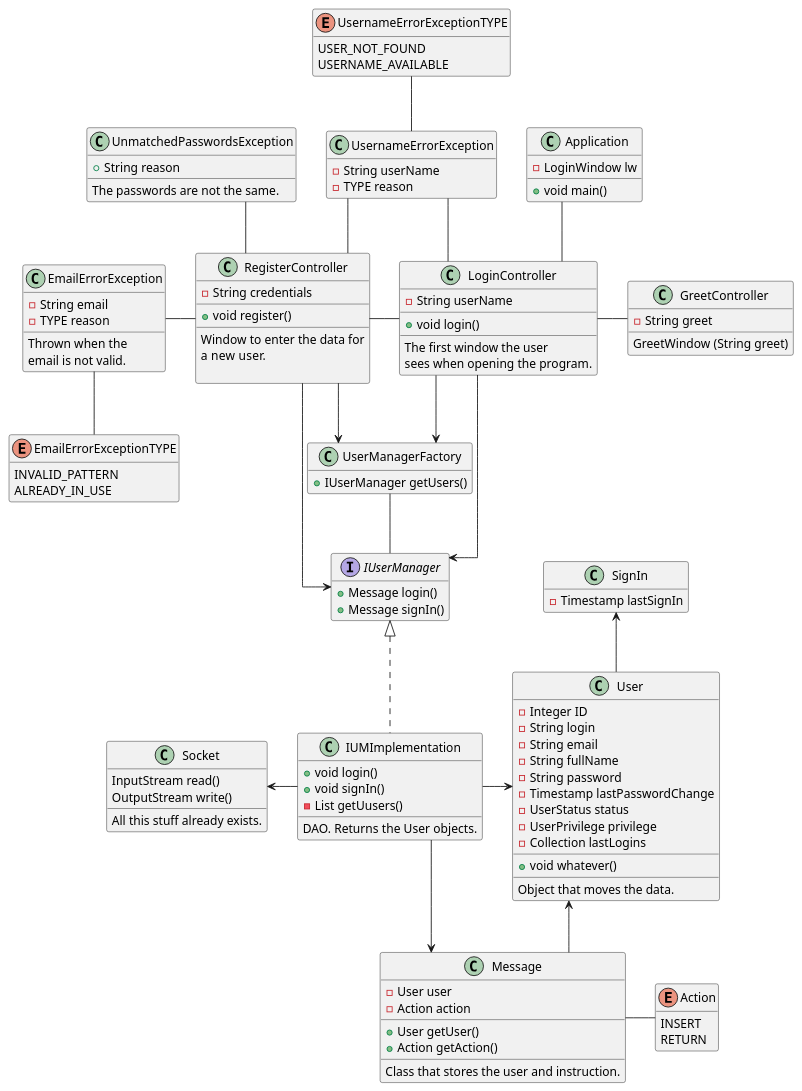
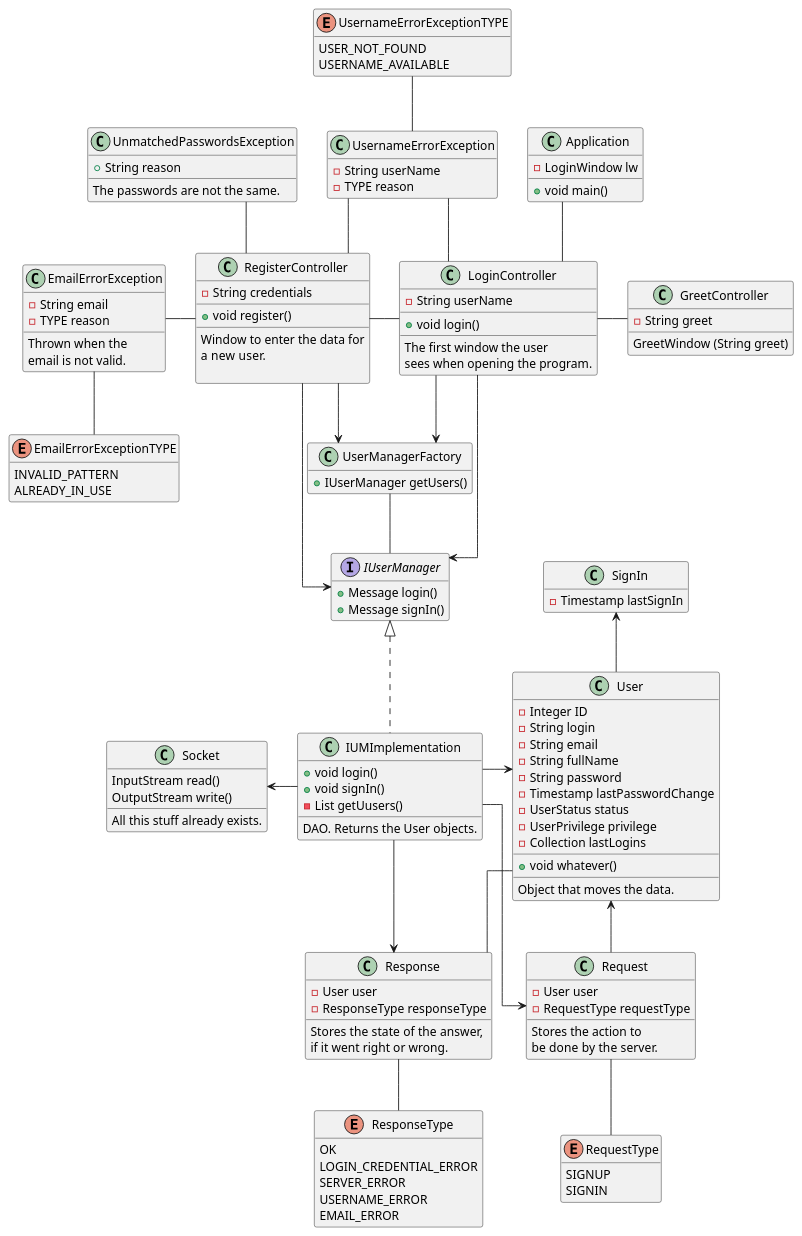
The diagram in uml/client.puml (optickx/ClientReto1), drawn with PlantUML before and after one commit. The commit also changed 5 other files, not shown here.

```diff
--- a/uml/client.puml
+++ b/uml/client.puml
@@ -1,171 +1,192 @@
 @startuml client
 /'Graphic properties
 '/
 
 skinparam linetype ortho
 skinparam groupInheritance 5
 hide empty members
 
 /'Main class
 '/
 class Application {
     -LoginWindow lw
     +void main()
 }
 
 /'Every window of the program.
 Three of them.'/
 class LoginController {
     -String userName
     __
     +void login()
     __
     The first window the user 
     sees when opening the program.
 }
 class RegisterController {
     -String credentials
     __
     +void register()
     __
     Window to enter the data for 
     a new user.
 
 }
 class GreetController {
     -String greet
     __
     GreetWindow (String greet)
 }
 /'Logic part of the program.
 '/
 interface IUserManager {
     +Message login()
     +Message signIn()
 }
 class IUMImplementation {
     +void login()
     +void signIn()
     -List getUusers()
     __
     DAO. Returns the User objects.
 }
 class UserManagerFactory {
     +IUserManager getUsers()
 }
 
 /'Pre-existing Java classes'/
 class Socket {
     InputStream read()
     OutputStream write()
     __
     All this stuff already exists.
 }
 /'Objects, etc
 '/
 class User {
     -Integer ID
     -String login
     -String email
     -String fullName
     -String password
     -Timestamp lastPasswordChange
     -UserStatus status
     -UserPrivilege privilege
     -Collection lastLogins
     __
     +void whatever()
     __
     Object that moves the data.
 }
 class SignIn {
     -Timestamp lastSignIn
 }
-/'Encapsulator class
+/' Message classes
 '/
-class Message {
+
+class Request {
     -User user
-    -Action action
+    -RequestType requestType
     __
-    +User getUser()
-    +Action getAction()
+    Stores the action to 
+    be done by the server.
+}
+
+enum RequestType {
+   SIGNUP 
+   SIGNIN 
+}
+
+class Response {
+    -User user
+    -ResponseType responseType
     __
-    Class that stores the user and instruction.
+    Stores the state of the answer,
+    if it went right or wrong.
 }
-/'types of response'/
-enum Action {
-    INSERT
-    RETURN
+enum ResponseType {
+    OK
+    LOGIN_CREDENTIAL_ERROR
+    SERVER_ERROR
+    USERNAME_ERROR
+    EMAIL_ERROR
 }
+
 
 /'Exceptions.
 '/
 class UnmatchedPasswordsException {
     +String reason
     __
     The passwords are not the same.
 }
 
 
 class EmailErrorException {
     -String email
     -TYPE reason
     __
     Thrown when the 
     email is not valid.
 }
 enum EmailErrorExceptionTYPE {
     INVALID_PATTERN
     ALREADY_IN_USE
 }
 
 class UsernameErrorException {
     -String userName
     -TYPE reason
 }
 enum UsernameErrorExceptionTYPE {
     USER_NOT_FOUND
     USERNAME_AVAILABLE
 }
 
 
 Application -- LoginController
 
 LoginController -right- GreetController
 LoginController -left- RegisterController
 
 LoginController -down-> UserManagerFactory
 RegisterController --> UserManagerFactory
 
 LoginController --> IUserManager
 RegisterController --> IUserManager
 
 /' It looks horrible but ya have to indicate it:
 User appears in every class from view.
 '/
 
 /'
 LoginController --> User
 RegisterController --> User
 GreetController -down-> User
 '/
 
 UserManagerFactory -- IUserManager
 IUserManager <|.. IUMImplementation
 IUMImplementation -right-> User
+IUMImplementation -left-> Socket
+User -up-> SignIn
 
-IUMImplementation -left-> Socket
-IUMImplementation --> Message
 
-User -up-> SignIn
-User <-right- Message
-Action -left- Message
+IUMImplementation --> Request 
+IUMImplementation -left-> Response
+
+User <-down- Request 
+RequestType -up-Request 
+
+User -down- Response
+ResponseType -up- Response
+
 
 EmailErrorException -right- RegisterController
 UnmatchedPasswordsException -- RegisterController
 UsernameErrorException -- RegisterController
 UsernameErrorException -- LoginController
 
 EmailErrorException -- EmailErrorExceptionTYPE
 UsernameErrorException -up- UsernameErrorExceptionTYPE
 @enduml
```
